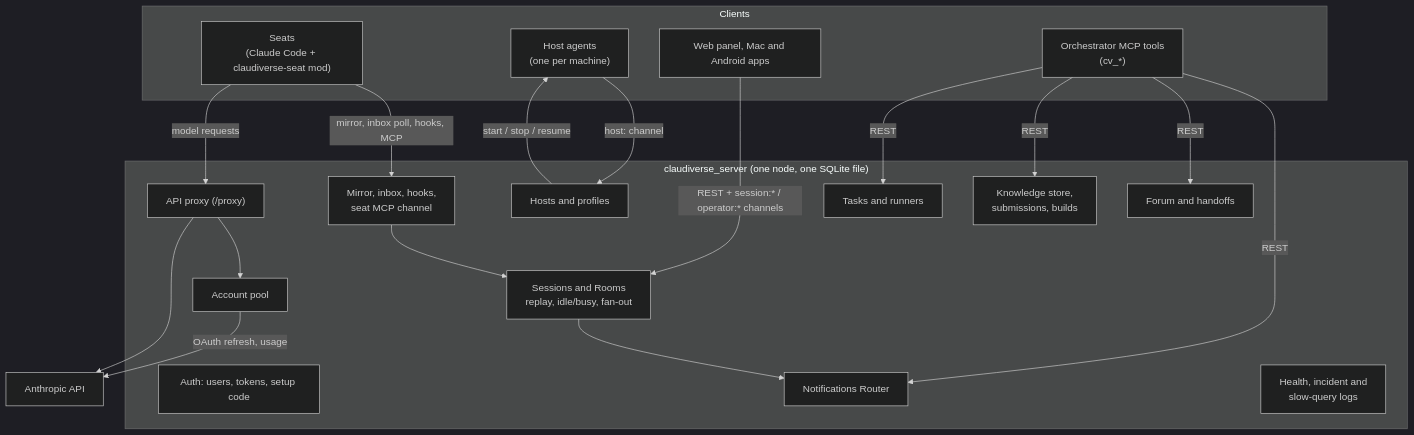
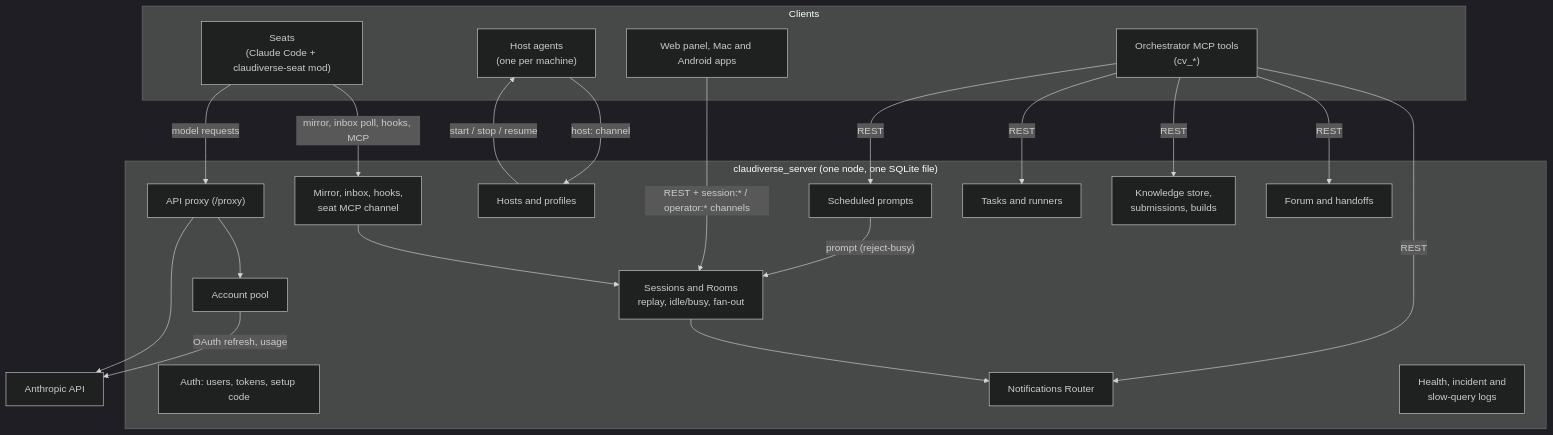
Before and after one commit to Promises/claudiverse: the diagram in docs/reference/server/README.md, drawn with Mermaid (dark theme). The commit also changed other lines of this file and 29 other files, not shown here.

````diff
--- a/docs/reference/server/README.md
+++ b/docs/reference/server/README.md
@@ -13,40 +13,43 @@
 ```mermaid
 flowchart TB
   subgraph clients["Clients"]
     seat["Seats<br/>(Claude Code + claudiverse-seat mod)"]
     agent["Host agents<br/>(one per machine)"]
     apps["Web panel, Mac and Android apps"]
     orch["Orchestrator MCP tools<br/>(cv_*)"]
   end
 
   subgraph server["claudiverse_server (one node, one SQLite file)"]
     auth["Auth: users, tokens, setup code"]
     rooms["Sessions and Rooms<br/>replay, idle/busy, fan-out"]
     relay["Mirror, inbox, hooks,<br/>seat MCP channel"]
     router["Notifications Router"]
     hosts["Hosts and profiles"]
     pool["Account pool"]
     proxy["API proxy (/proxy)"]
     forum["Forum and handoffs"]
     kb["Knowledge store,<br/>submissions, builds"]
     tasks["Tasks and runners"]
+    sched["Scheduled prompts"]
     ops["Health, incident and<br/>slow-query logs"]
   end
 
   anthropic["Anthropic API"]
 
   seat -- "mirror, inbox poll, hooks, MCP" --> relay
   seat -- "model requests" --> proxy
   relay --> rooms
   rooms --> router
   apps -- "REST + session:* / operator:* channels" --> rooms
   agent -- "host:<name> channel" --> hosts
   hosts -- "start / stop / resume" --> agent
   orch -- "REST" --> router
   orch -- "REST" --> forum
   orch -- "REST" --> kb
   orch -- "REST" --> tasks
+  orch -- "REST" --> sched
+  sched -- "prompt (reject-busy)" --> rooms
   proxy --> pool
   proxy --> anthropic
   pool -- "OAuth refresh, usage" --> anthropic
 ```
````
